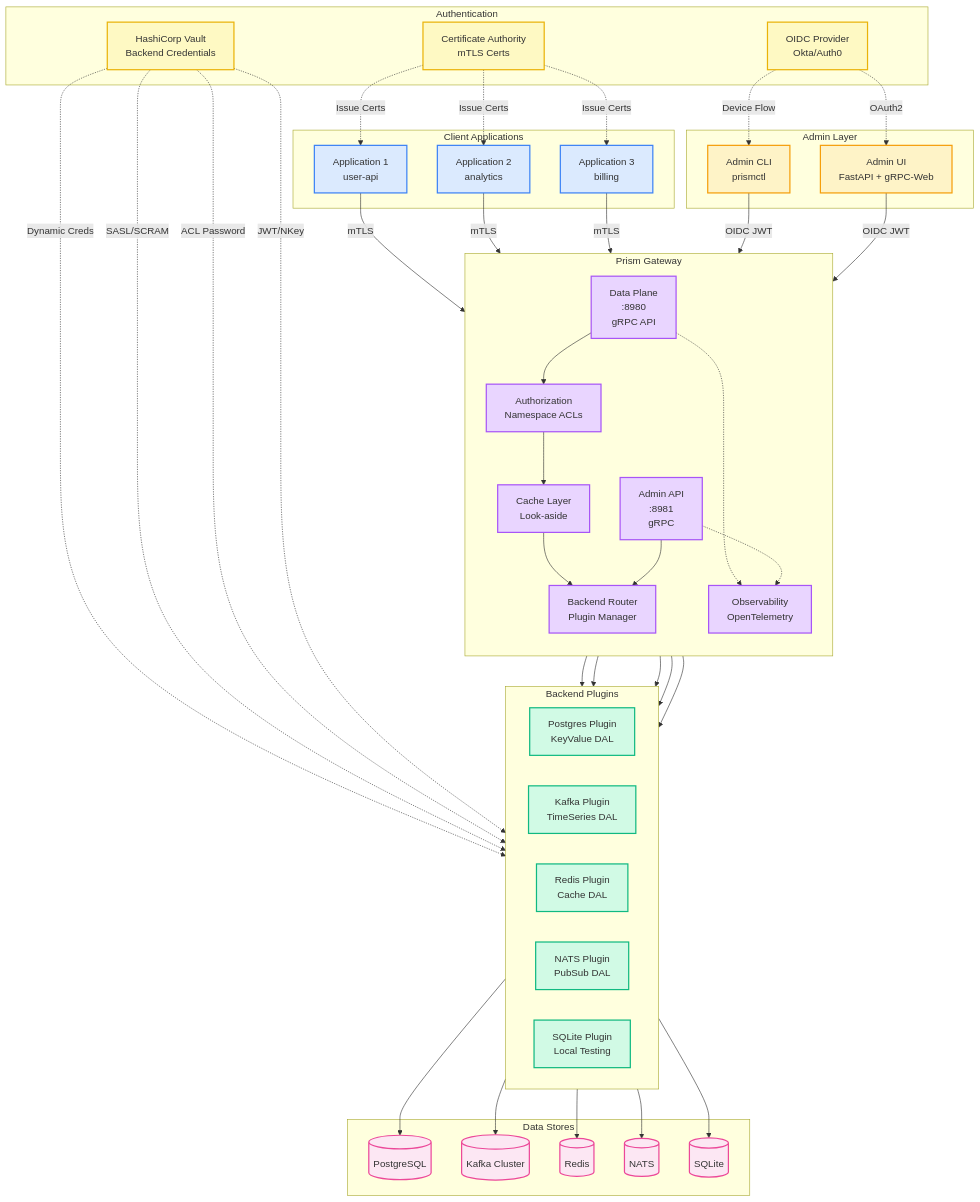
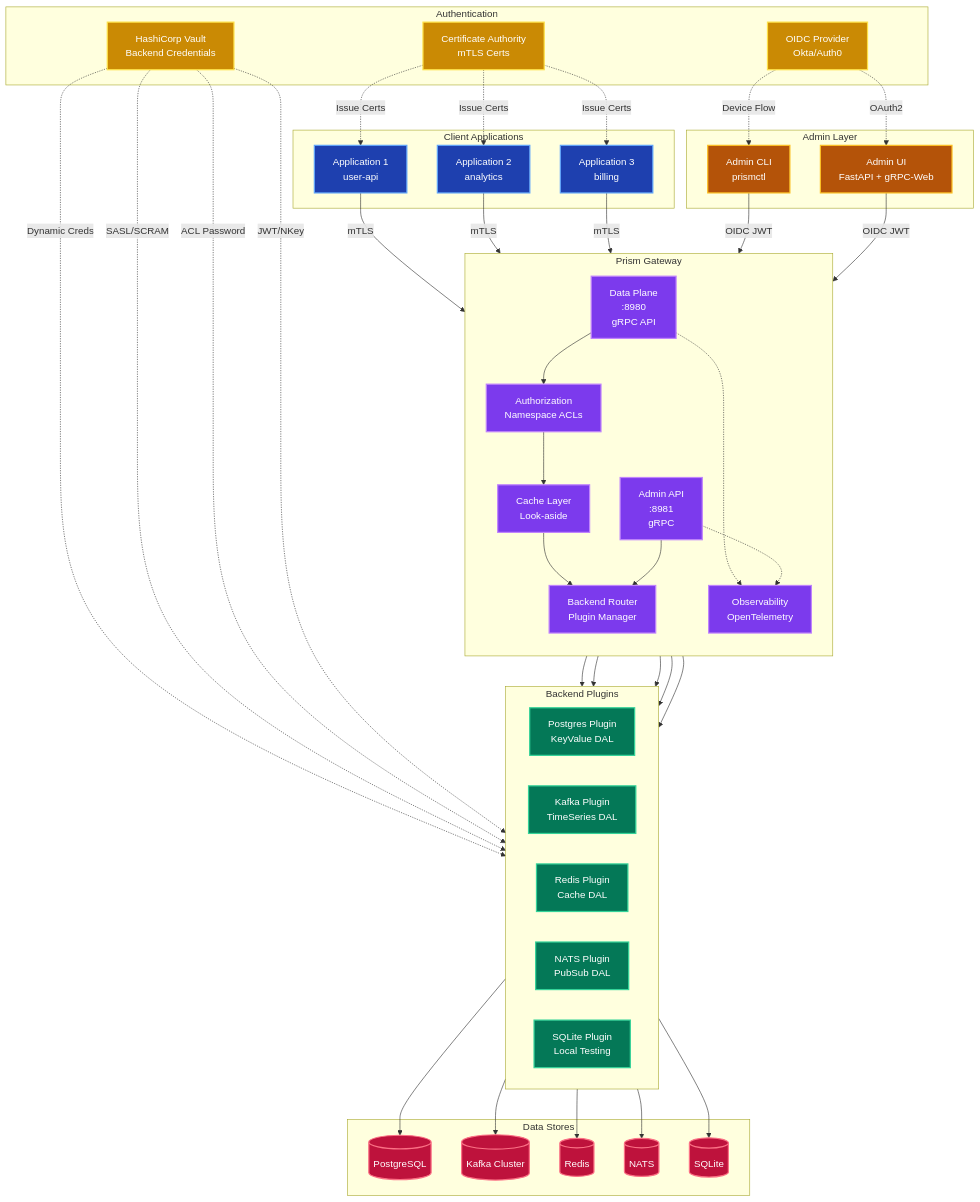
One commit to jrepp/prism-data-layer changed the diagram in docs-cms/adr/README.md. Above: the diagram before and after it, drawn with Mermaid. The commit also changed 7 other files, not shown here.

```diff
--- a/docs-cms/adr/README.md
+++ b/docs-cms/adr/README.md
@@ -88,13 +88,13 @@
     NATS --> NATSStore
     SQLite --> SQLiteStore
 
-    %% Spectrum-inspired colors for diagram components
-    classDef client fill:#dbeafe,stroke:#3b82f6,stroke-width:2px
-    classDef admin fill:#fef3c7,stroke:#f59e0b,stroke-width:2px
-    classDef gateway fill:#e9d5ff,stroke:#a855f7,stroke-width:2px
-    classDef plugin fill:#d1fae5,stroke:#10b981,stroke-width:2px
-    classDef store fill:#fce7f3,stroke:#ec4899,stroke-width:2px
-    classDef auth fill:#fef9c3,stroke:#eab308,stroke-width:2px
+    %% Dark mode compatible colors
+    classDef client fill:#1e40af,stroke:#60a5fa,stroke-width:2px,color:#fff
+    classDef admin fill:#b45309,stroke:#fbbf24,stroke-width:2px,color:#fff
+    classDef gateway fill:#7c3aed,stroke:#c084fc,stroke-width:2px,color:#fff
+    classDef plugin fill:#047857,stroke:#34d399,stroke-width:2px,color:#fff
+    classDef store fill:#be123c,stroke:#fb7185,stroke-width:2px,color:#fff
+    classDef auth fill:#ca8a04,stroke:#fde047,stroke-width:2px,color:#fff
 
     class App1,App2,App3 client
     class AdminCLI,AdminUI admin
```
